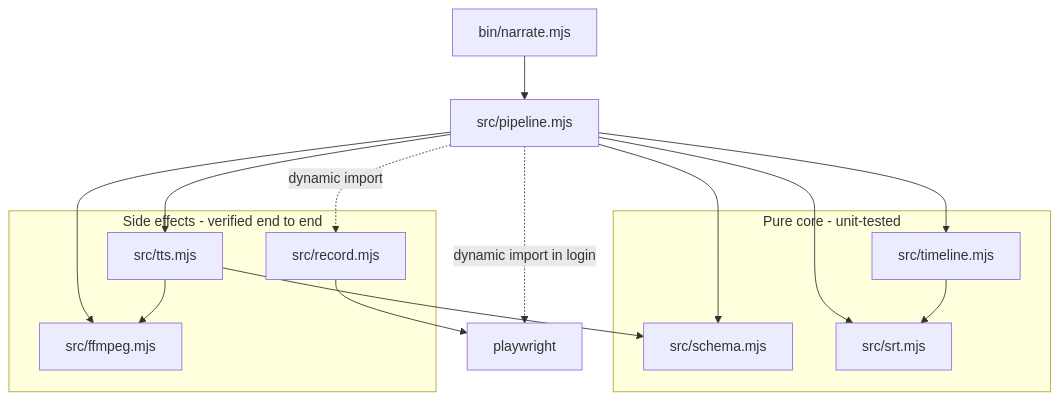
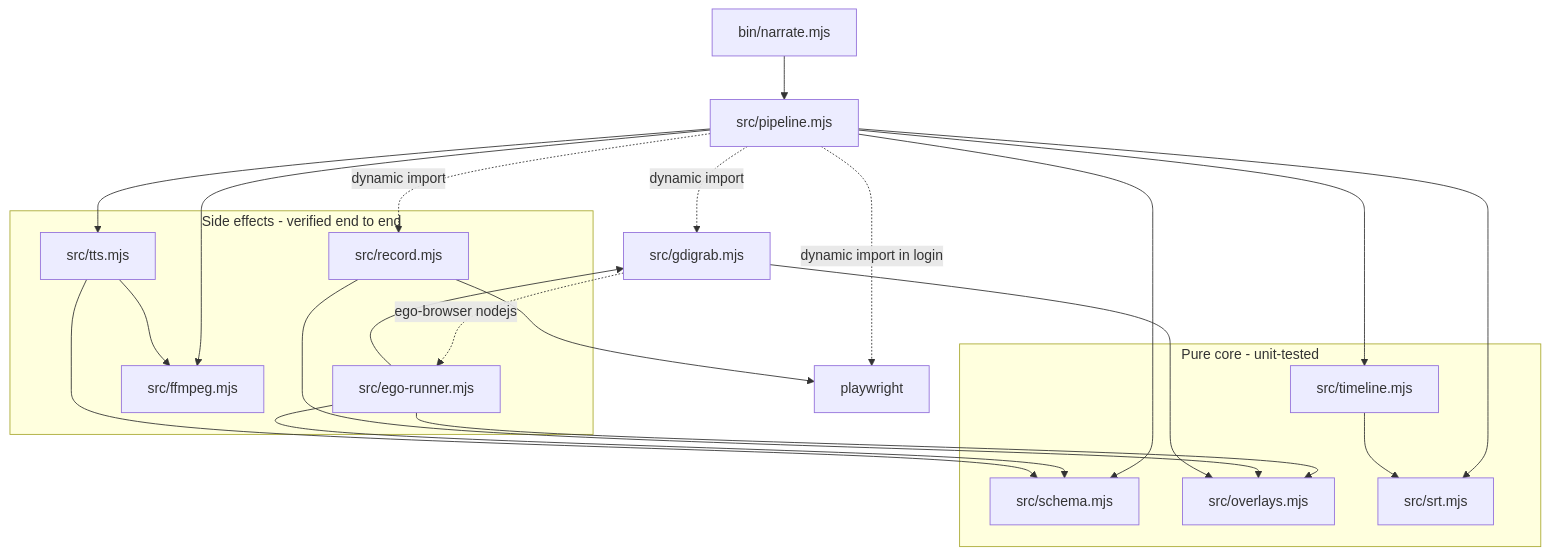
One commit to jeider05/ai-video-evidence changed the first of 3 diagrams in docs/code-flow.md. Above: the diagram before and after it, drawn with Mermaid. The commit also changed other lines of this file and 14 other files, not shown here.

First line of the commit message:
feat: add gdigrab recorder driving ego-browser

````diff
--- a/docs/code-flow.md
+++ b/docs/code-flow.md
@@ -22,25 +25,34 @@
 ```mermaid
 flowchart TD
     CLI[bin/narrate.mjs] --> P[src/pipeline.mjs]
     P --> SCH[src/schema.mjs]
     P --> TTS[src/tts.mjs]
     P -. dynamic import .-> REC[src/record.mjs]
+    P -. dynamic import .-> GD[src/gdigrab.mjs]
+    GD -. ego-browser nodejs .-> ER[src/ego-runner.mjs]
+    ER --> GD
+    ER --> OV[src/overlays.mjs]
+    ER --> SCH
+    REC --> OV
+    GD --> OV
     P --> TL[src/timeline.mjs]
     P --> SRT[src/srt.mjs]
     P --> FF[src/ffmpeg.mjs]
     TTS --> SCH
     TTS --> FF
     TL --> SRT
     REC --> PW[playwright]
     P -. dynamic import in login .-> PW
     subgraph pure [Pure core - unit-tested]
         SCH
         TL
         SRT
+        OV
     end
     subgraph effects [Side effects - verified end to end]
         TTS
         REC
         FF
+        ER
     end
 ```
````
